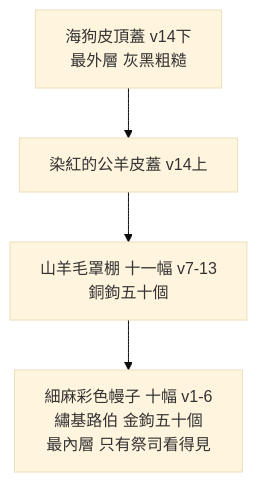
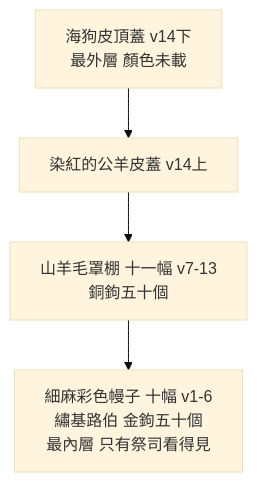
The diagram in content/02 出埃及記/第26章.md (andyjr5566/Bible_wiki_zh_website), drawn with Mermaid (base theme) before and after one commit. The commit also changed other lines of this file and 966 other files, not shown here.

````diff
--- a/content/02 出埃及記/第26章.md
+++ b/content/02 出埃及記/第26章.md
@@ -92,6 +119,6 @@
 ```mermaid
 flowchart TD
-  D["海狗皮頂蓋 v14下<br/>最外層 灰黑粗糙"] --> C["染紅的公羊皮蓋 v14上"]
+  D["海狗皮頂蓋 v14下<br/>最外層 顏色未載"] --> C["染紅的公羊皮蓋 v14上"]
   C --> B["山羊毛罩棚 十一幅 v7-13<br/>銅鉤五十個"]
   B --> A["細麻彩色幔子 十幅 v1-6<br/>繡基路伯 金鉤五十個<br/>最內層 只有祭司看得見"]
 ```
````
